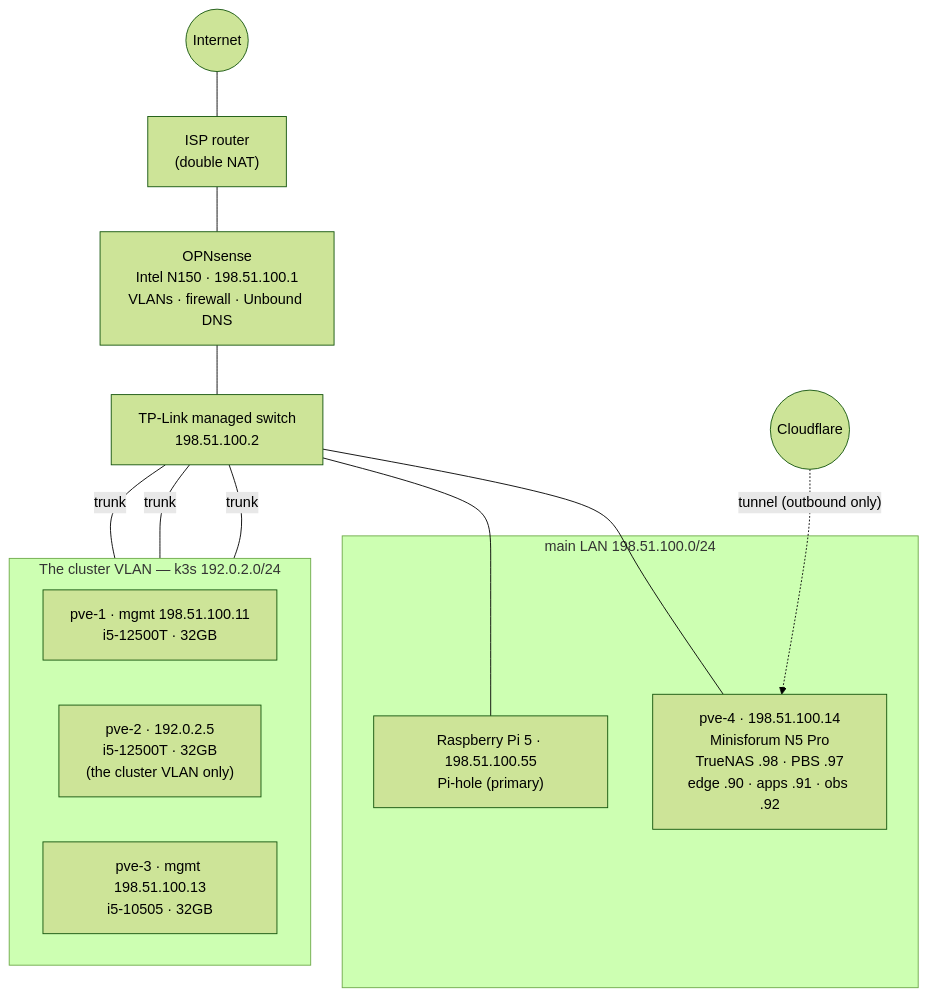
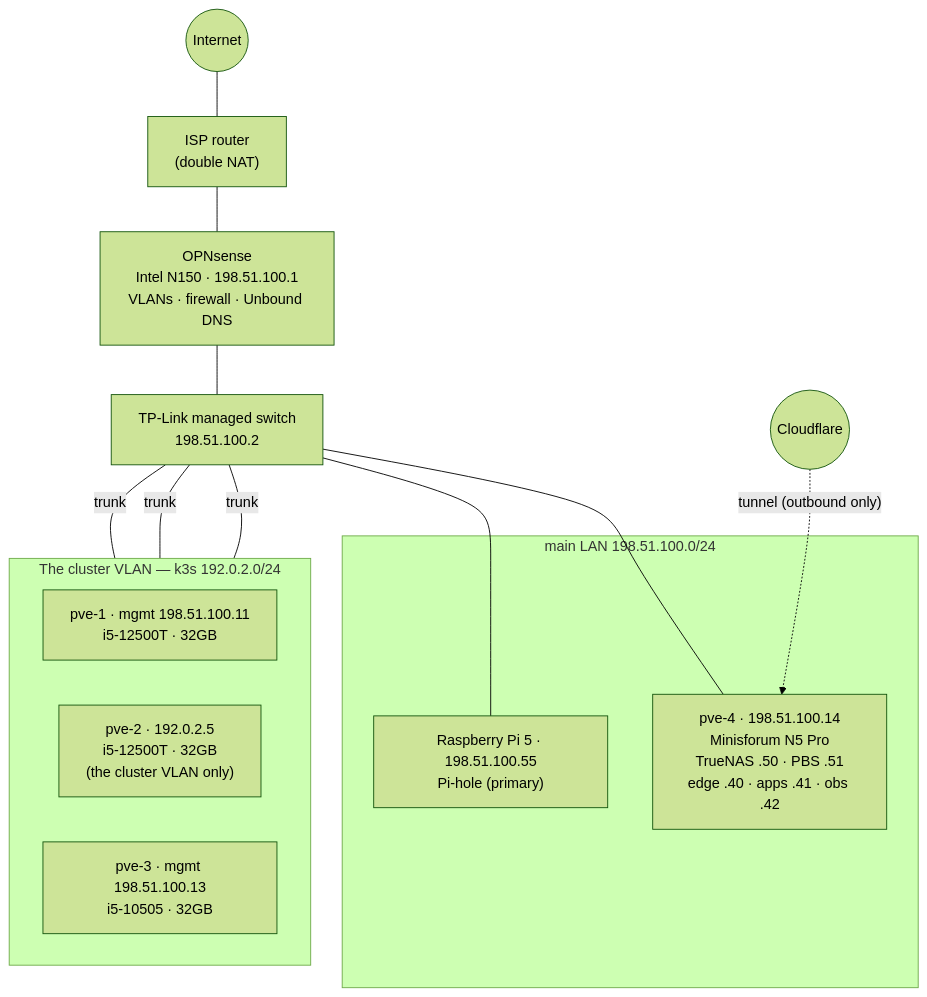
The first of 3 diagrams in k3s-v2/01-architecture.md (leemarkus/homelab-platform), drawn with Mermaid (forest theme) before and after one commit. The commit also changed other lines of this file and 9 other files, not shown here.

Commit message:
Align the pve-4 diagram addresses and date the as-built references

````diff
--- a/k3s-v2/01-architecture.md
+++ b/k3s-v2/01-architecture.md
@@ -25,26 +25,26 @@
 ```mermaid
 flowchart TB
     INET(("Internet")) --- ISP["ISP router<br/>(double NAT)"]
     ISP --- OPN["OPNsense<br/>Intel N150 · 198.51.100.1<br/>VLANs · firewall · Unbound DNS"]
     OPN --- SW["TP-Link managed switch<br/>198.51.100.2"]
 
     subgraph LAN1["main LAN 198.51.100.0/24"]
-        PVE4["pve-4 · 198.51.100.14<br/>Minisforum N5 Pro<br/>TrueNAS .98 · PBS .97<br/>edge .90 · apps .91 · obs .92"]
+        PVE4["pve-4 · 198.51.100.14<br/>Minisforum N5 Pro<br/>TrueNAS .50 · PBS .51<br/>edge .40 · apps .41 · obs .42"]
         PI["Raspberry Pi 5 · 198.51.100.55<br/>Pi-hole (primary)"]
     end
 
     subgraph V30["The cluster VLAN — k3s 192.0.2.0/24"]
         direction LR
         PVE1["pve-1 · mgmt 198.51.100.11<br/>i5-12500T · 32GB"]
         PVE2["pve-2 · 192.0.2.5<br/>i5-12500T · 32GB<br/>(the cluster VLAN only)"]
         PVE3["pve-3 · mgmt 198.51.100.13<br/>i5-10505 · 32GB"]
     end
 
     SW --- PVE4
     SW --- PI
     SW ---|"trunk"| PVE1
     SW ---|"trunk"| PVE2
     SW ---|"trunk"| PVE3
 
     CF(("Cloudflare")) -.->|"tunnel (outbound only)"| PVE4
 ```
````
